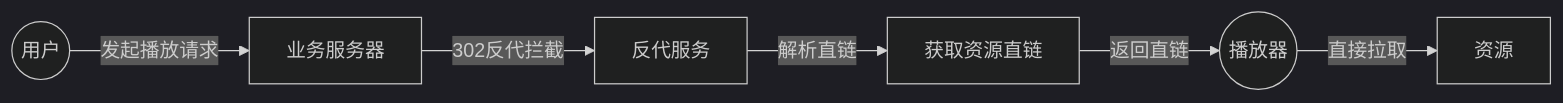
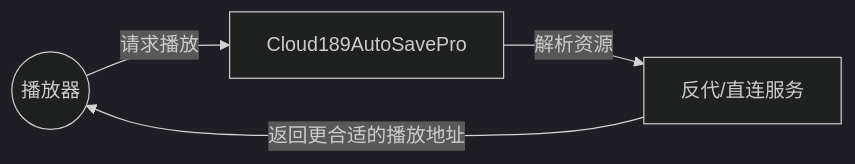
The second of 2 diagrams in content/usage/proxy.md (1307super/Cloud189AutoSaveProDoc), drawn with Mermaid (dark theme) before and after one commit. The commit also changed other lines of this file and 10 other files, not shown here.

```diff
--- a/content/usage/proxy.md
+++ b/content/usage/proxy.md
@@ -32,8 +51,6 @@
 {{< mermaid >}}
 graph LR
-    User((用户)) -->|发起播放请求| Server[业务服务器]
-    Server -->|302反代拦截| Proxy[反代服务]
-    Proxy -->|解析直链| DirectLink[获取资源直链]
-    DirectLink -->|返回直链| Player((播放器))
-    Player -->|直接拉取| Source[资源]
+    User((播放器)) -->|请求播放| Server[Cloud189AutoSavePro]
+    Server -->|解析资源| Proxy[反代/直连服务]
+    Proxy -->|返回更合适的播放地址| User
 {{< /mermaid >}}
```
